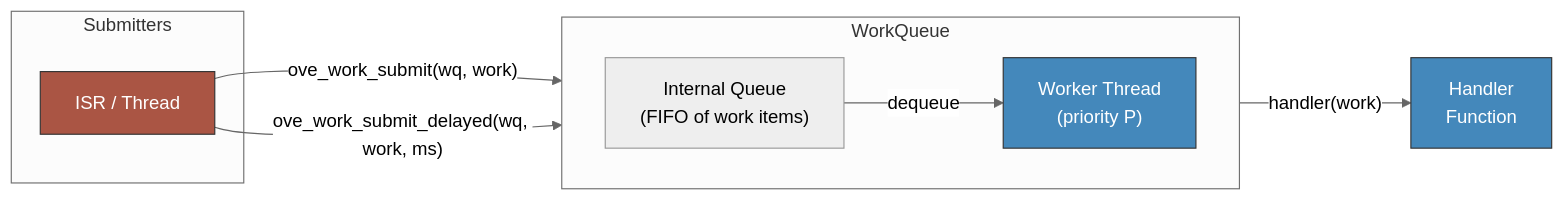
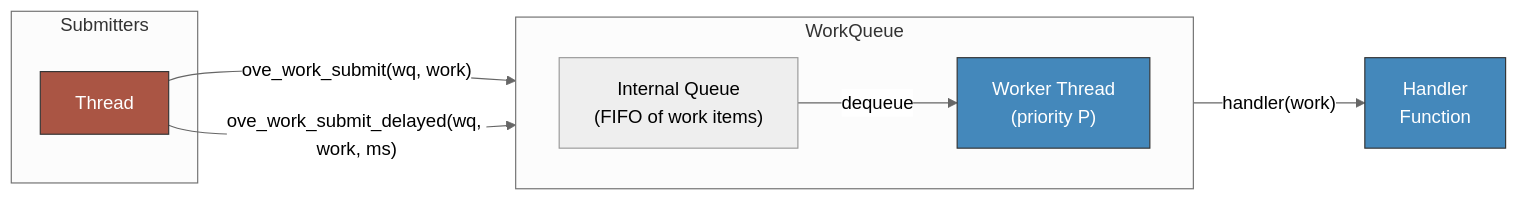
One commit to Varcain/oveRTOS changed the third of 4 diagrams in docs-site/docs/api/timers.md. Above: the diagram before and after it, drawn with Mermaid (neutral theme). The commit also changed other lines of this file and 64 other files, not shown here.

````diff
--- a/docs-site/docs/api/timers.md
+++ b/docs-site/docs/api/timers.md
@@ -158,22 +160,22 @@
 ```mermaid
 graph LR
     subgraph Submitters
-        ISR["ISR / Thread"]
+        ISR["Thread"]
     end
 
     subgraph WQ["WorkQueue"]
         direction LR
         FIFO["Internal Queue\n(FIFO of work items)"]
         WORKER["Worker Thread\n(priority P)"]
         FIFO -->|"dequeue"| WORKER
     end
 
     ISR -->|"ove_work_submit(wq, work)"| FIFO
     ISR -->|"ove_work_submit_delayed(wq, work, ms)"| FIFO
 
     WORKER -->|"handler(work)"| HANDLER["Handler\nFunction"]
 
     style ISR     fill:#a54,stroke:#333,color:#fff
     style WORKER  fill:#48b,stroke:#333,color:#fff
     style HANDLER fill:#48b,stroke:#333,color:#fff
 ```
````
